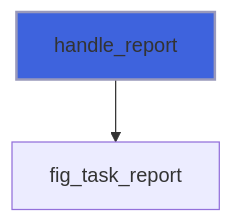
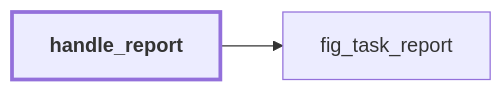
One commit to szaghi/figure changed the second of 12 diagrams in docs/api/src/lib/figure_task.md. Above: the diagram before and after it, drawn with Mermaid. The commit also changed other lines of this file and 54 other files, not shown here.

````diff
--- a/docs/api/src/lib/figure_task.md
+++ b/docs/api/src/lib/figure_task.md
@@ -144,5 +147,7 @@
 ```mermaid
-flowchart TD
+flowchart LR
   handle_report["handle_report"] --> fig_task_report["fig_task_report"]
-  style handle_report fill:#3e63dd,stroke:#99b,stroke-width:2px
+  classDef focus stroke-width:3px,font-weight:bold
+  class handle_report focus
+  click fig_task_report href "figure_c_native.html#fig-task-report" "fig_task_report"
 ```
````
